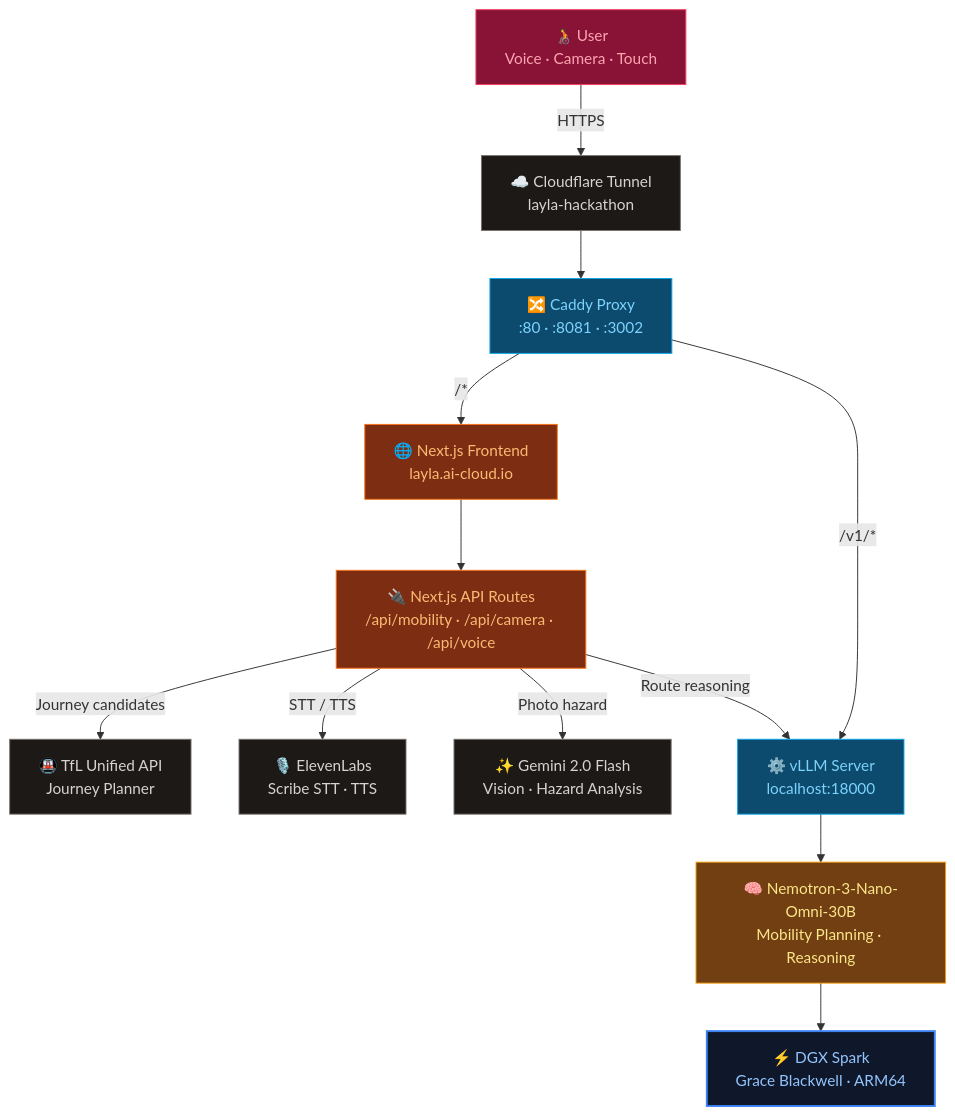
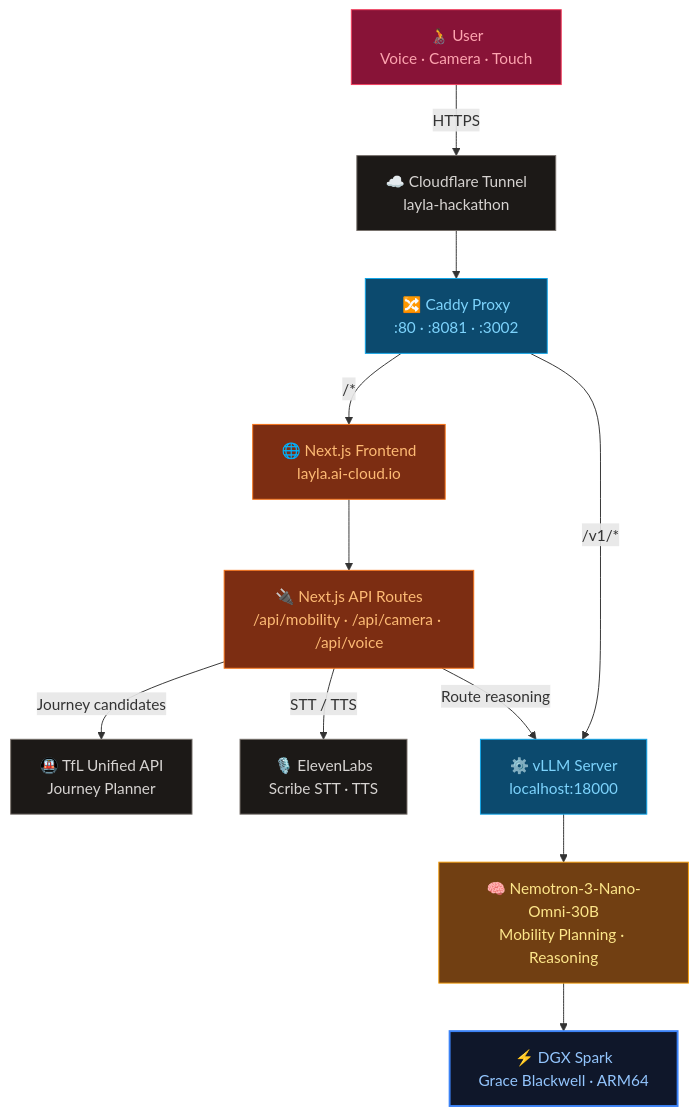
The first of 3 diagrams in README.md (hjklasdfg/layla), drawn with Mermaid before and after one commit. The commit also changed other lines of this file and 1 other file, not shown here.

Commit message:
Fix README: Nebius not Gemini; vllm-active unless-stopped; add restart to vllm script

````diff
--- a/README.md
+++ b/README.md
@@ -18,33 +18,31 @@
 ```mermaid
 flowchart TB
     USER["🧑‍🦽 User<br/>Voice · Camera · Touch"]:::ui
     FE["🌐 Next.js Frontend<br/>layla.ai-cloud.io"]:::app
     APIS["🔌 Next.js API Routes<br/>/api/mobility · /api/camera · /api/voice"]:::app
     TFL["🚇 TfL Unified API<br/>Journey Planner"]:::external
     EL["🎙️ ElevenLabs<br/>Scribe STT · TTS"]:::external
-    GEM["✨ Gemini 2.0 Flash<br/>Vision · Hazard Analysis"]:::external
     NEM["🧠 Nemotron-3-Nano-Omni-30B<br/>Mobility Planning · Reasoning"]:::model
     VLLM["⚙️ vLLM Server<br/>localhost:18000"]:::runtime
     CADDY["🔀 Caddy Proxy<br/>:80 · :8081 · :3002"]:::runtime
     CF["☁️ Cloudflare Tunnel<br/>layla-hackathon"]:::external
     DGX["⚡ DGX Spark<br/>Grace Blackwell · ARM64"]:::hw
 
     USER -->|HTTPS| CF
     CF --> CADDY
     CADDY -->|"/*"| FE
     CADDY -->|"/v1/*"| VLLM
     FE --> APIS
     APIS -->|Journey candidates| TFL
     APIS -->|STT / TTS| EL
-    APIS -->|Photo hazard| GEM
     APIS -->|Route reasoning| VLLM
     VLLM --> NEM
     NEM --> DGX
 
     classDef hw      fill:#0f172a,color:#93c5fd,stroke:#3b82f6,stroke-width:2px
     classDef runtime fill:#0c4a6e,color:#7dd3fc,stroke:#0ea5e9
     classDef model   fill:#713f12,color:#fde68a,stroke:#f59e0b
     classDef app     fill:#7c2d12,color:#fdba74,stroke:#f97316
     classDef ui      fill:#881337,color:#fda4af,stroke:#f43f5e
     classDef external fill:#1c1917,color:#d6d3d1,stroke:#78716c
 ```
````
